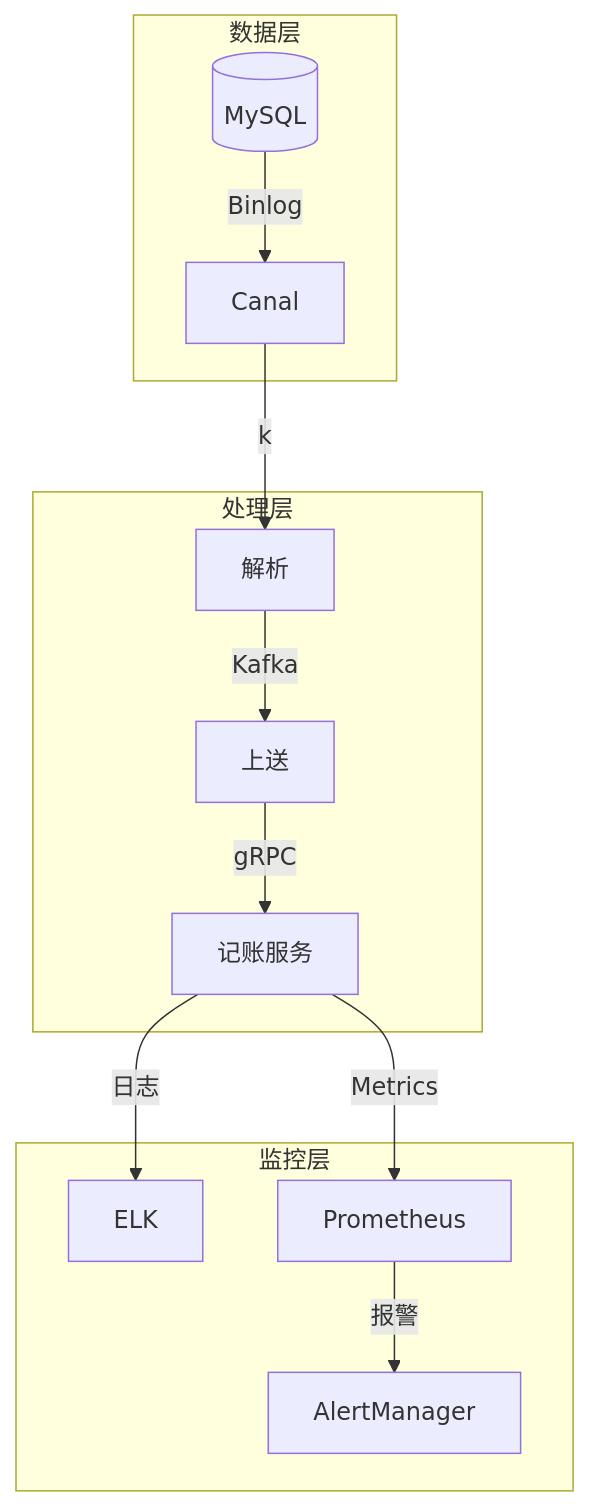
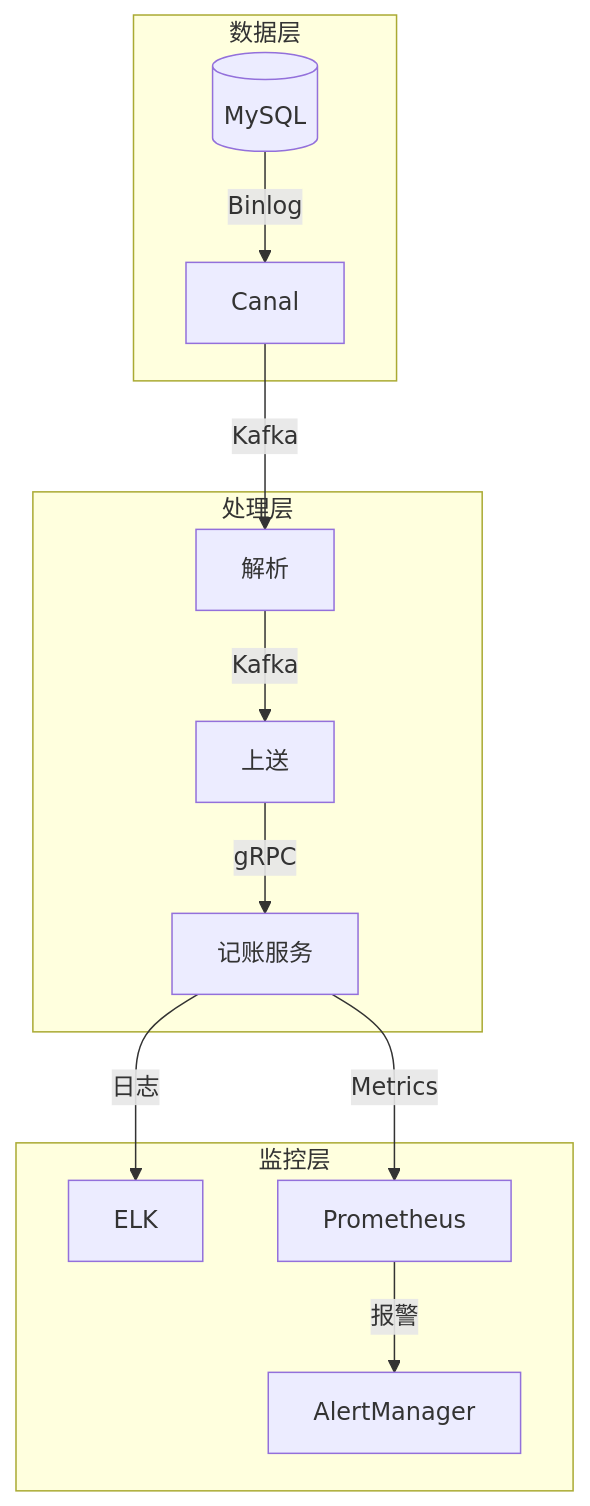
One commit to 87828943/iodraw-files changed the diagram in all/未命名.md. Above: the diagram before and after it, drawn with Mermaid.

Commit message:
2025-07-01 10:40:25 update

````diff
--- a/all/未命名.md
+++ b/all/未命名.md
@@ -1,16 +1,16 @@
 ```mermaid
 graph TB
     subgraph 数据层
         DB[(MySQL)] -->|Binlog| Canal
     end
     subgraph 处理层
-        Canal -->|k| Parser[解析]
+        Canal -->|Kafka| Parser[解析]
         Parser -->|Kafka| Engine[上送]
         Engine -->|gRPC| Accounting[记账服务]
     end
     subgraph 监控层
         Accounting -->|日志| ELK
         Accounting -->|Metrics| Prometheus
         Prometheus -->|报警| AlertManager
     end
 ```
````
